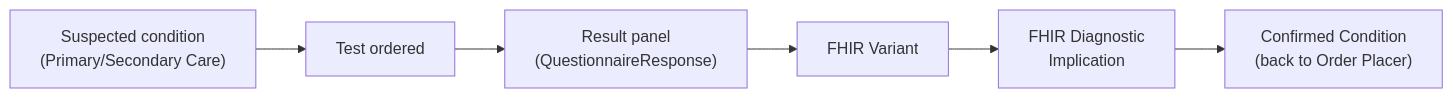
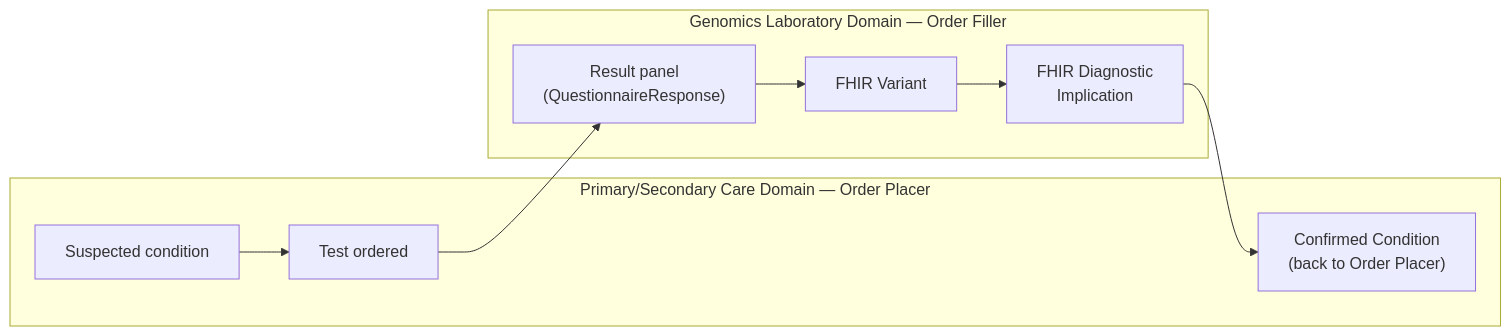
The first of 8 diagrams in input/pagecontent/diagnostic-core.md (nw-gmsa/nw-gmsa.github.com), drawn with Mermaid before and after one commit.

Commit message:
Group the model-change example diagram by bounded context
Wraps the suspected-condition-to-confirmed-Condition flowchart in
Primary/Secondary Care (Order Placer) and Genomics Laboratory (Order
Filler) subgraphs, matching the domain-subgraph style already used in
overview.md, so the diagram shows the context boundary being crossed,
not just the resource-shape changes.

Claude-Session: https://claude.ai/code/session_01HrKffi9wcZgtGxsrNfERaB

````diff
--- a/input/pagecontent/diagnostic-core.md
+++ b/input/pagecontent/diagnostic-core.md
@@ -38,8 +38,16 @@
 ```mermaid
 flowchart LR
-    A["Suspected condition<br/>(Primary/Secondary Care)"] --> B["Test ordered"]
-    B --> C["Result panel<br/>(QuestionnaireResponse)"]
-    C --> D["FHIR Variant"]
-    D --> E["FHIR Diagnostic<br/>Implication"]
-    E --> F["Confirmed Condition<br/>(back to Order Placer)"]
+    subgraph PSC["Primary/Secondary Care Domain — Order Placer"]
+        A["Suspected condition"]
+        B["Test ordered"]
+        F["Confirmed Condition<br/>(back to Order Placer)"]
+    end
+
+    subgraph LAB["Genomics Laboratory Domain — Order Filler"]
+        C["Result panel<br/>(QuestionnaireResponse)"]
+        D["FHIR Variant"]
+        E["FHIR Diagnostic<br/>Implication"]
+    end
+
+    A --> B --> C --> D --> E --> F
 ```
````
